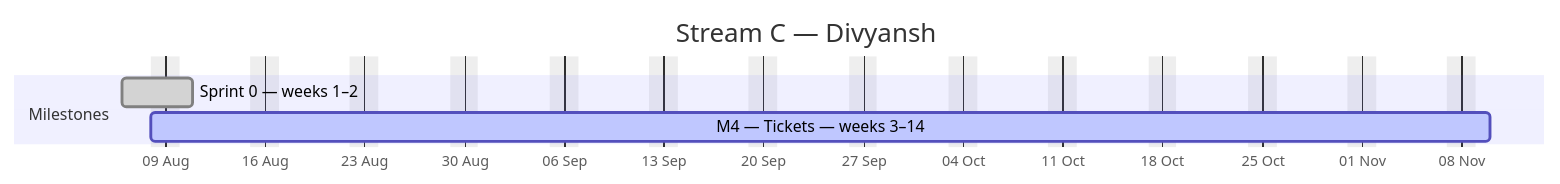
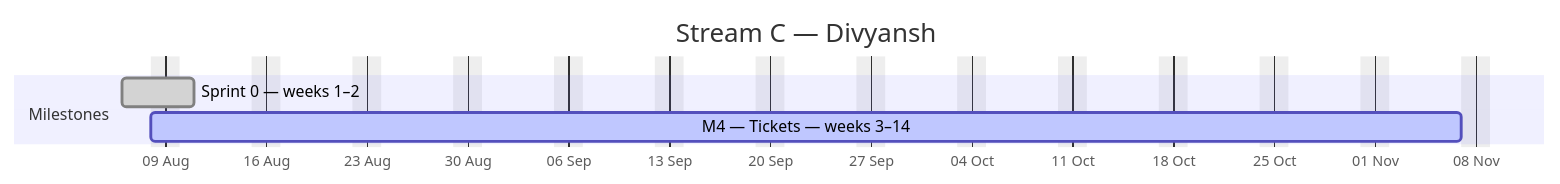
Before and after one commit to debashisedunext/EduTrack: the third of 4 diagrams in docs/plan/GANTT.md, drawn with Mermaid. The commit also changed other lines of this file and 3 other files, not shown here.

````diff
--- a/docs/plan/GANTT.md
+++ b/docs/plan/GANTT.md
@@ -146,10 +145,10 @@
 ```mermaid
 gantt
     dateFormat YYYY-MM-DD
     axisFormat %d %b
     title Stream C — Divyansh
     excludes weekends
     section Milestones
     Sprint 0 — weeks 1–2 :done, c0, 2026-08-06, 3d
-    M4 — Tickets — weeks 3–14 :active, c1, 2026-08-08, 67d
+    M4 — Tickets — weeks 3–14 :active, c1, 2026-08-08, 66d
 ```
````
